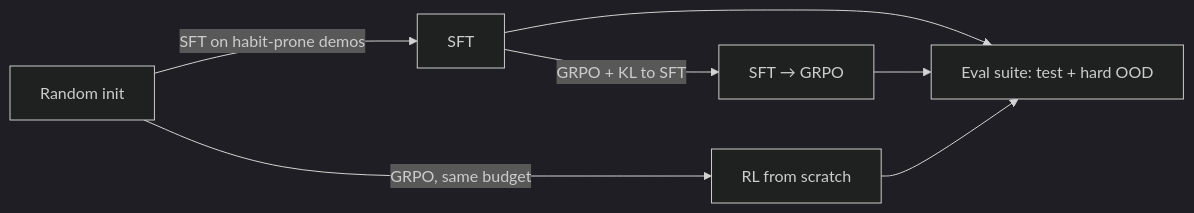
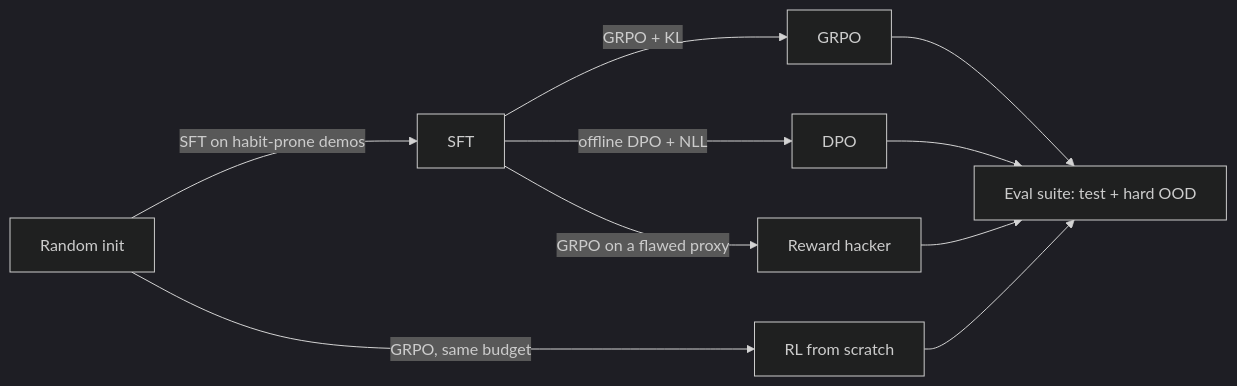
Before and after one commit to amalmehta/PostTrainingLab: the diagram in README.md, drawn with Mermaid (dark theme). The commit also changed other lines of this file and 12 other files, not shown here.

````diff
--- a/README.md
+++ b/README.md
@@ -11,7 +13,9 @@
 ```mermaid
 flowchart LR
   R[Random init] -->|SFT on habit-prone demos| S[SFT]
-  S -->|GRPO + KL to SFT| G[SFT → GRPO]
+  S -->|GRPO + KL| G[GRPO]
+  S -->|offline DPO + NLL| D[DPO]
+  S -->|GRPO on a flawed proxy| H[Reward hacker]
   R -->|GRPO, same budget| X[RL from scratch]
-  S & G & X --> E[Eval suite: test + hard OOD]
+  G & D & H & X --> E[Eval suite: test + hard OOD]
 ```
````
